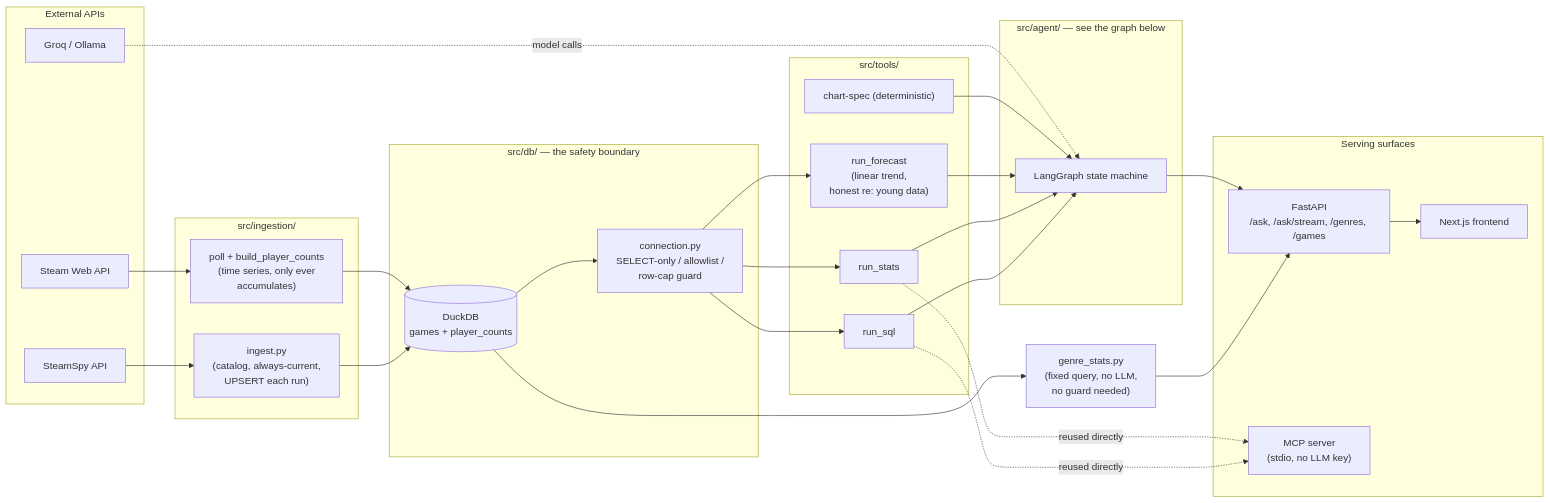
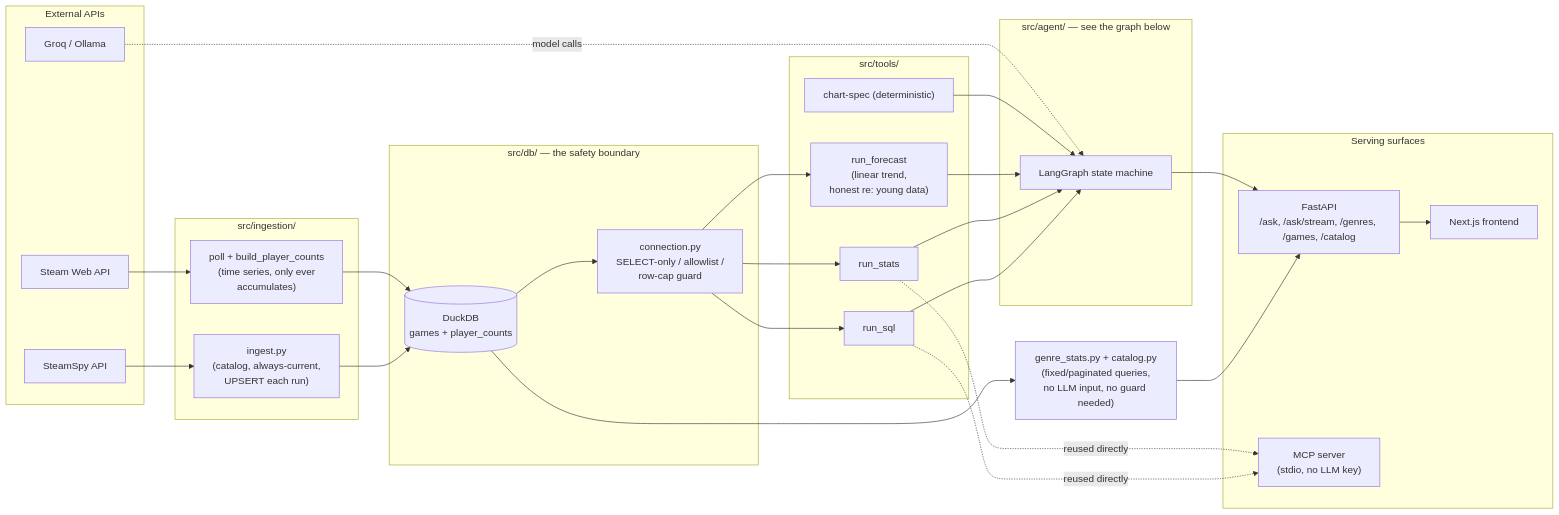
The first of 5 diagrams in ARCHITECTURE.md (stefhooy/full_stack_project), drawn with Mermaid before and after one commit. The commit also changed other lines of this file and 1 other file, not shown here.

Commit message:
ARCHITECTURE.md's route list now correctly includes /catalog catalog.py now shown in the diagram alongside genre_stats.py, with an accurate (not overstated) explanation of how each one's guard-bypass is actually justified

````diff
--- a/ARCHITECTURE.md
+++ b/ARCHITECTURE.md
@@ -24,48 +24,48 @@
 ```mermaid
 flowchart LR
     subgraph ext["External APIs"]
         steamspy["SteamSpy API"]
         steamweb["Steam Web API"]
         llm["Groq / Ollama"]
     end
 
     subgraph ingest["src/ingestion/"]
         ingestpy["ingest.py<br/>(catalog, always-current,<br/>UPSERT each run)"]
         pollpy["poll + build_player_counts<br/>(time series, only ever<br/>accumulates)"]
     end
 
     subgraph db["src/db/ — the safety boundary"]
         duckdb[("DuckDB<br/>games + player_counts")]
         connpy["connection.py<br/>SELECT-only / allowlist /<br/>row-cap guard"]
     end
 
     subgraph reasoning["src/agent/ — see the graph below"]
         lgraph["LangGraph state machine"]
     end
 
     subgraph tools["src/tools/"]
         sqltool["run_sql"]
         statstool["run_stats"]
         forecasttool["run_forecast<br/>(linear trend,<br/>honest re: young data)"]
         viztool["chart-spec (deterministic)"]
     end
 
     subgraph surfaces["Serving surfaces"]
-        api["FastAPI<br/>/ask, /ask/stream, /genres, /games"]
+        api["FastAPI<br/>/ask, /ask/stream, /genres, /games, /catalog"]
         mcpsrv["MCP server<br/>(stdio, no LLM key)"]
         webui["Next.js frontend"]
     end
 
-    genrestats["genre_stats.py<br/>(fixed query, no LLM,<br/>no guard needed)"]
+    genrestats["genre_stats.py + catalog.py<br/>(fixed/paginated queries,<br/>no LLM input, no guard needed)"]
 
     steamspy --> ingestpy --> duckdb
     steamweb --> pollpy --> duckdb
     duckdb --> connpy
     duckdb --> genrestats --> api
     connpy --> sqltool & statstool & forecasttool
     sqltool & statstool & forecasttool --> lgraph
     viztool --> lgraph
     llm -.model calls.-> lgraph
     lgraph --> api --> webui
     sqltool & statstool -. reused directly .-> mcpsrv
 ```
````
